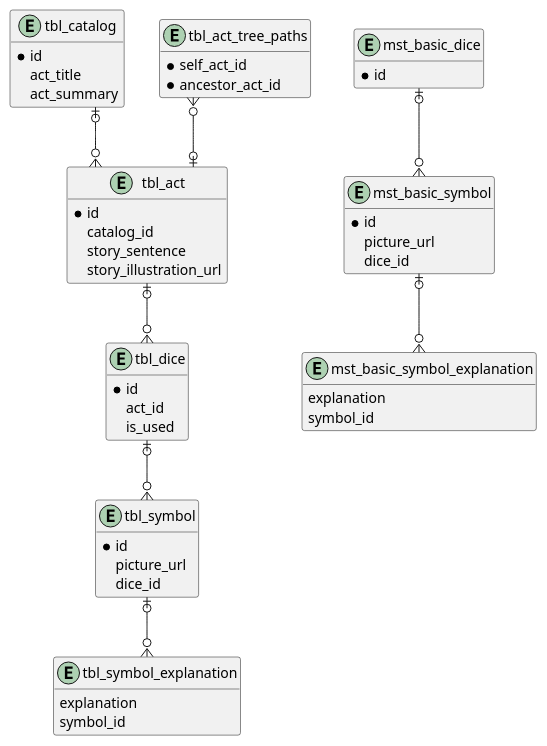
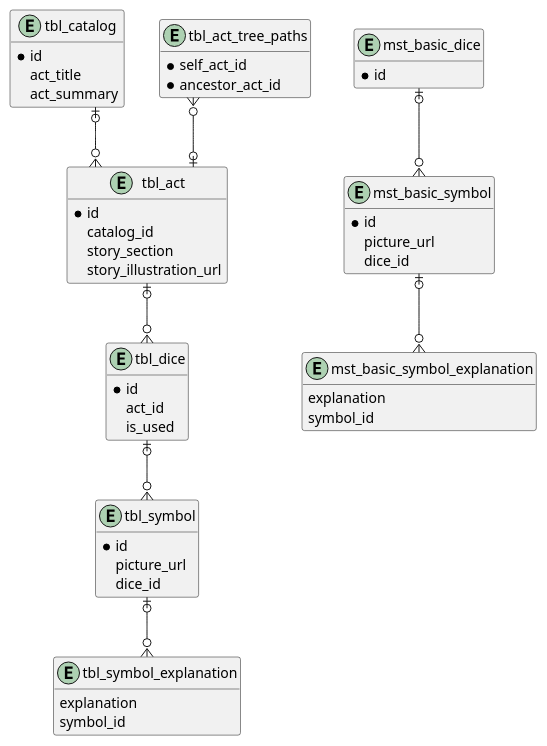
The diagram in documents/entityRelation/EntityRelation.pu (kazurego7/StoryCubesWeb), drawn with PlantUML before and after one commit. The commit also changed 9 other files, not shown here.

```diff
--- a/documents/entityRelation/EntityRelation.pu
+++ b/documents/entityRelation/EntityRelation.pu
@@ -1,65 +1,65 @@
 @startuml er
 skinparam linetype ortho
 hide empty members
 
 
 entity tbl_catalog {
     * id
     act_title
     act_summary
 }
 
 entity tbl_act_tree_paths{
     * self_act_id
     * ancestor_act_id
 }
 
 entity tbl_act {
     * id
     catalog_id
-    story_sentence
+    story_section
     story_illustration_url
 }
 
 entity tbl_dice {
     * id
     act_id
     is_used
 }
 
 entity tbl_symbol {
     * id
     picture_url
     dice_id
 }
 
 entity tbl_symbol_explanation {
     explanation
     symbol_id
 }
 
 entity mst_basic_dice {
     * id
 }
 
 entity mst_basic_symbol {
     * id
     picture_url
     dice_id
 }
 
 entity mst_basic_symbol_explanation {
     explanation
     symbol_id
 }
 
 tbl_catalog |o--o{ tbl_act
 tbl_act_tree_paths }o--o| tbl_act
 tbl_act |o--o{ tbl_dice
 tbl_dice |o--o{ tbl_symbol
 tbl_symbol |o--o{ tbl_symbol_explanation
 
 mst_basic_dice |o--o{ mst_basic_symbol
 mst_basic_symbol |o--o{ mst_basic_symbol_explanation
 
 @enduml
```
